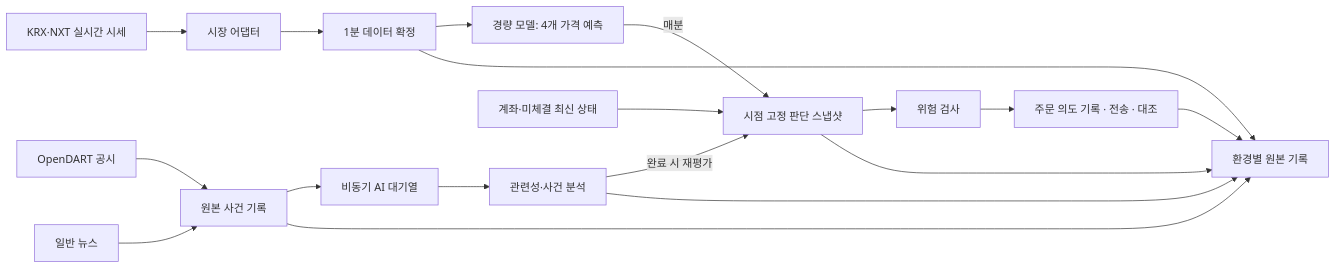
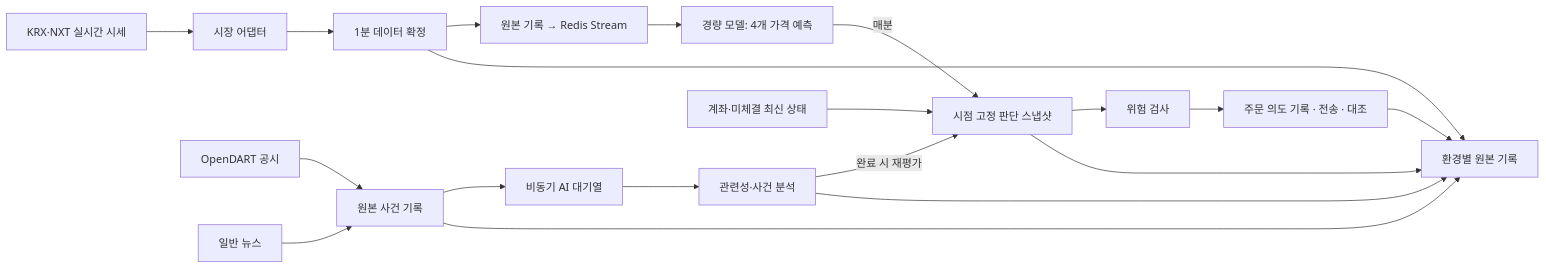
Before and after one commit to ShinYEB/Auto-helm: the second of 3 diagrams in docs/hld/HLD.md, drawn with Mermaid. The commit also changed other lines of this file and 1 other file, not shown here.

Commit message:
Design Redis Streams handoff for minute bars

````diff
--- a/docs/hld/HLD.md
+++ b/docs/hld/HLD.md
@@ -121,20 +126,21 @@
 ```mermaid
 flowchart LR
     T["KRX·NXT 실시간 시세"] --> M["시장 어댑터"]
     M --> BAR["1분 데이터 확정"]
-    BAR --> PRED["경량 모델: 4개 가격 예측"]
+    BAR --> R["원본 기록 → Redis Stream"]
+    R --> PRED["경량 모델: 4개 가격 예측"]
     D["OpenDART 공시"] --> E["원본 사건 기록"]
     N["일반 뉴스"] --> E
     E --> Q["비동기 AI 대기열"]
     Q --> AI["관련성·사건 분석"]
     PRED -- "매분" --> SNAP["시점 고정 판단 스냅샷"]
     AI -- "완료 시 재평가" --> SNAP
     ACCOUNT["계좌·미체결 최신 상태"] --> SNAP
     SNAP --> GATE["위험 검사"]
     GATE --> ORDER["주문 의도 기록 · 전송 · 대조"]
     BAR --> LOG["환경별 원본 기록"]
     E --> LOG
     AI --> LOG
     SNAP --> LOG
     ORDER --> LOG
 ```
````
